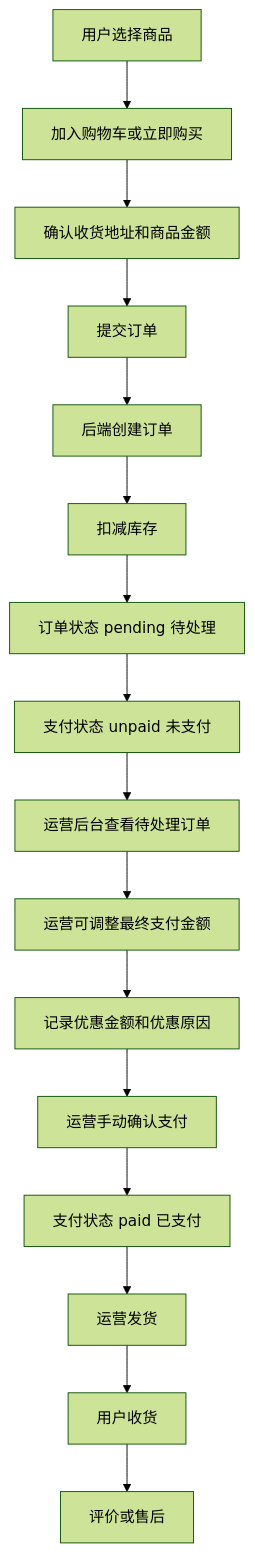
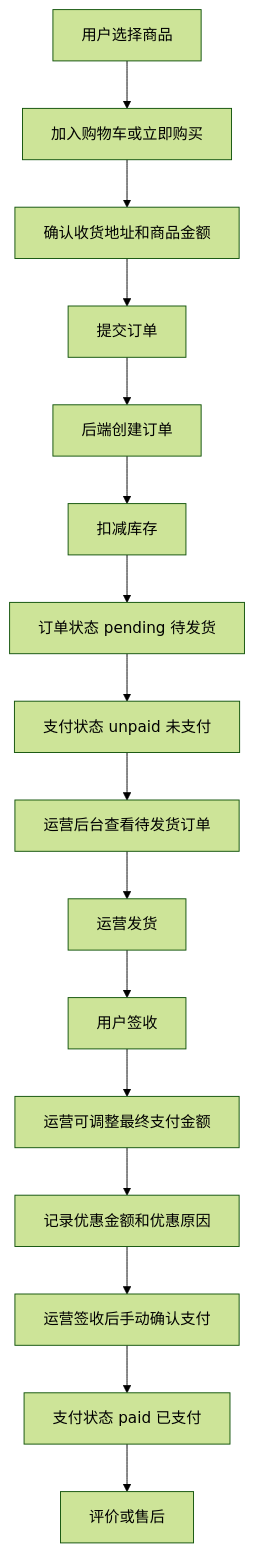
The diagram in 基于现有基础开发文档.md (MAGI0804/YL_First_Use_Shop_All), drawn with Mermaid (forest theme) before and after one commit. The commit also changed other lines of this file and 5 other files, not shown here.

````diff
--- a/基于现有基础开发文档.md
+++ b/基于现有基础开发文档.md
@@ -118,18 +118,18 @@
 ```mermaid
 flowchart TD
   A["用户选择商品"] --> B["加入购物车或立即购买"]
   B --> C["确认收货地址和商品金额"]
   C --> D["提交订单"]
   D --> E["后端创建订单"]
   E --> F["扣减库存"]
-  F --> G["订单状态 pending 待处理"]
+  F --> G["订单状态 pending 待发货"]
   G --> H["支付状态 unpaid 未支付"]
-  H --> I["运营后台查看待处理订单"]
-  I --> J["运营可调整最终支付金额"]
-  J --> K["记录优惠金额和优惠原因"]
-  K --> L["运营手动确认支付"]
-  L --> M["支付状态 paid 已支付"]
-  M --> N["运营发货"]
-  N --> O["用户收货"]
+  H --> I["运营后台查看待发货订单"]
+  I --> J["运营发货"]
+  J --> K["用户签收"]
+  K --> L["运营可调整最终支付金额"]
+  L --> M["记录优惠金额和优惠原因"]
+  M --> N["运营签收后手动确认支付"]
+  N --> O["支付状态 paid 已支付"]
   O --> P["评价或售后"]
 ```
````
